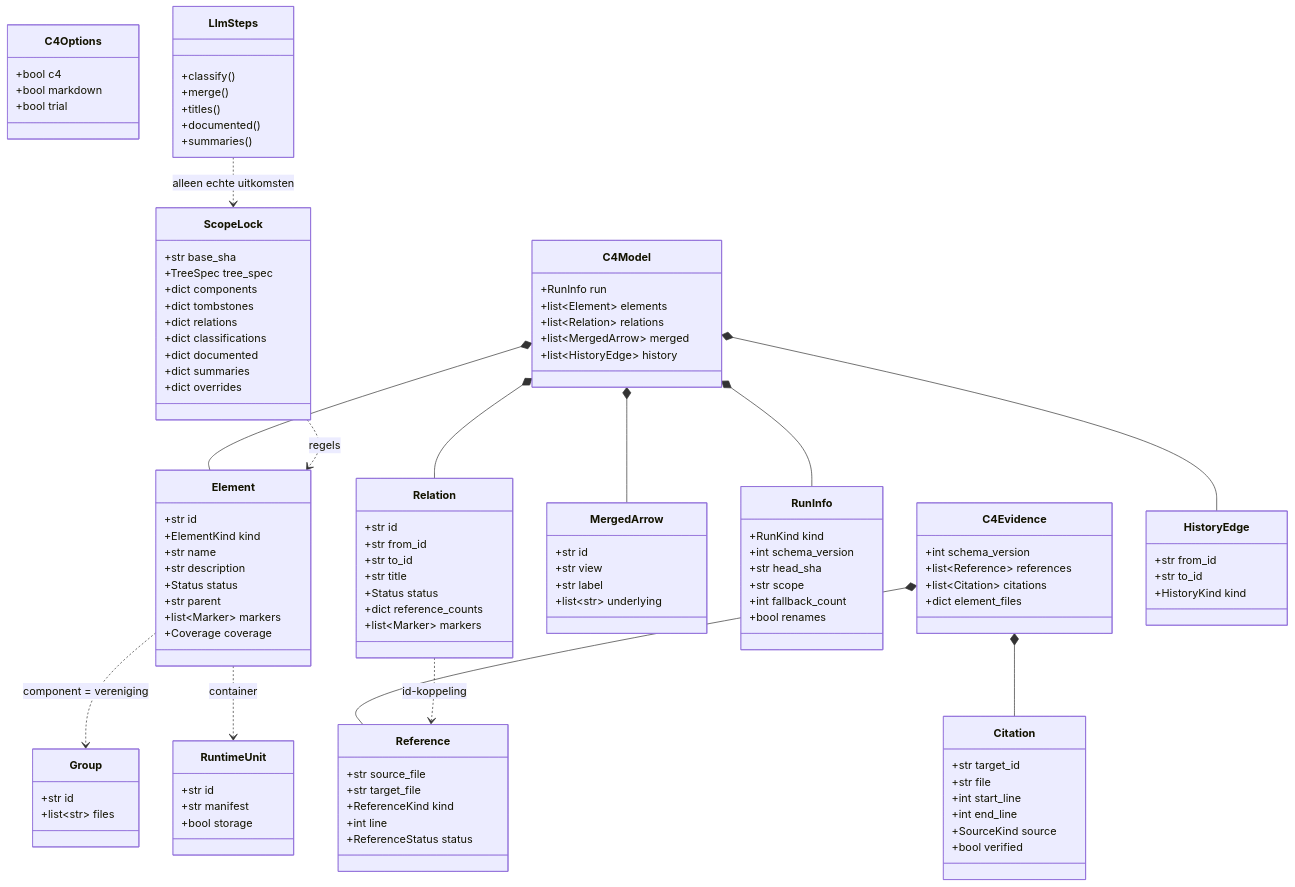
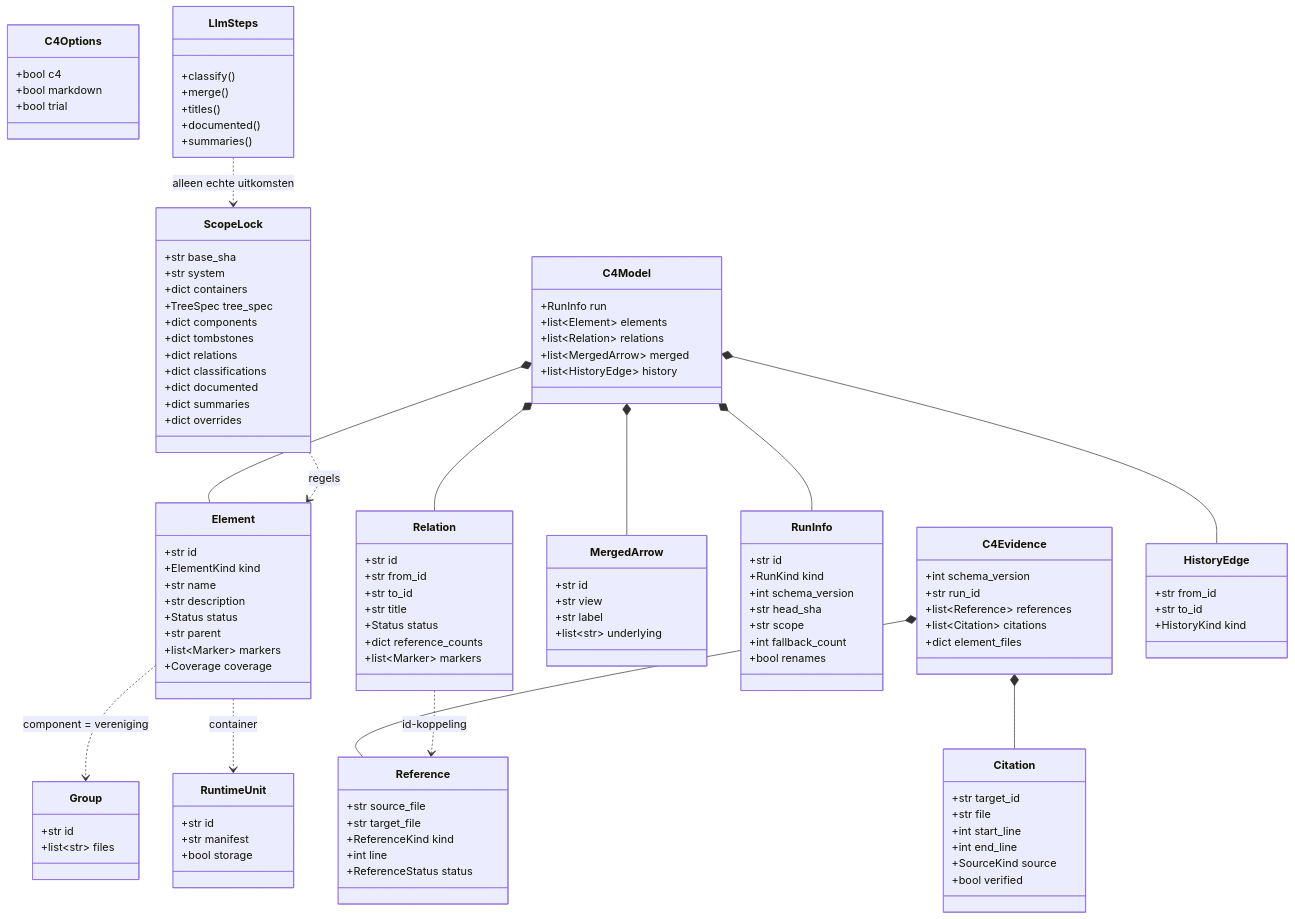
One commit to Cubical6/chunkhound changed the second of 3 diagrams in docs/melly/models/map-structuuranalyse.md. Above: the diagram before and after it, drawn with Mermaid. The commit also changed other lines of this file and 2 other files, not shown here.

```diff
--- a/docs/melly/models/map-structuuranalyse.md
+++ b/docs/melly/models/map-structuuranalyse.md
@@ -140,6 +141,7 @@
   }
   %% domain: Run (rij 28, 31)
   class RunInfo {
+    +str id
     +RunKind kind
     +int schema_version
     +str head_sha
@@ -158,6 +160,7 @@
   %% technical: bewijs-JSON (rij 24, 35)
   class C4Evidence {
     +int schema_version
+    +str run_id
     +list~Reference~ references
     +list~Citation~ citations
     +dict element_files
@@ -165,6 +168,8 @@
   %% domain: Lockbestand (rij 18, 26, 31)
   class ScopeLock {
     +str base_sha
+    +str system
+    +dict containers
     +TreeSpec tree_spec
     +dict components
     +dict tombstones
```
